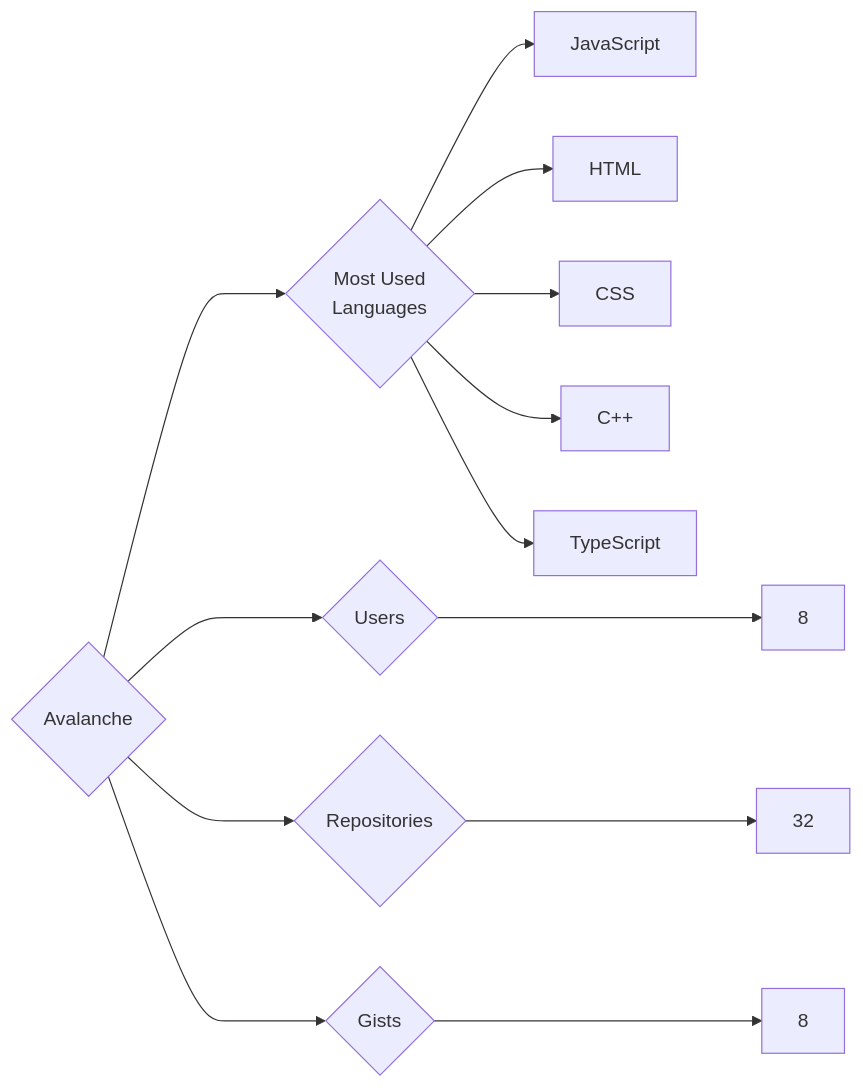
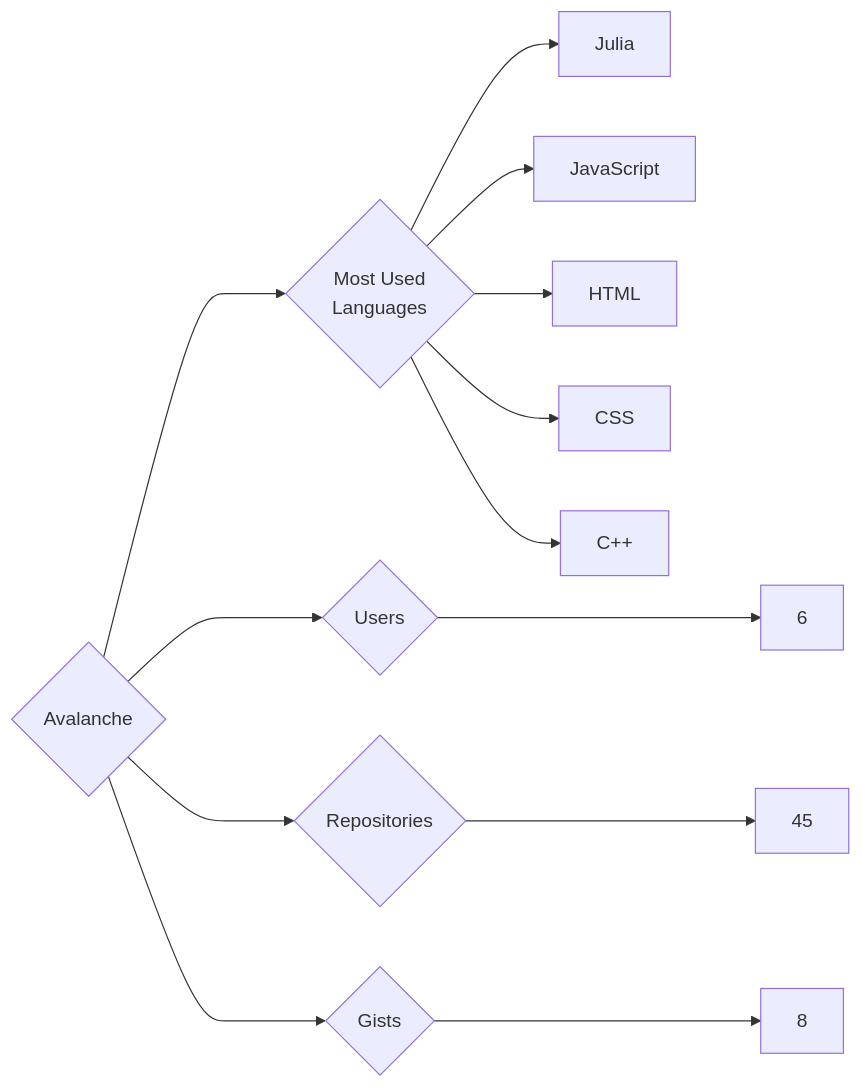
Before and after one commit to trickest/insiders: the diagram in targets/Avalanche/README.md, drawn with Mermaid. The commit also changed 1023 other files, not shown here.

````diff
--- a/targets/Avalanche/README.md
+++ b/targets/Avalanche/README.md
@@ -3,13 +3,13 @@
 ```mermaid
 graph LR
 COMPANY_NAME{Avalanche}
-COMPANY_NAME ---> U{Users} ---> UN[8]
-COMPANY_NAME ---> R{Repositories} ---> RN[32]
+COMPANY_NAME ---> U{Users} ---> UN[6]
+COMPANY_NAME ---> R{Repositories} ---> RN[45]
 COMPANY_NAME ---> G{Gists} ---> GN[8]
 COMPANY_NAME ---> ML{Most Used<br>Languages}
+ML --> Julia[Julia]
 ML --> JavaScript[JavaScript]
 ML --> HTML[HTML]
 ML --> CSS[CSS]
 ML --> C++[C++]
-ML --> TypeScript[TypeScript]
 ```
````
